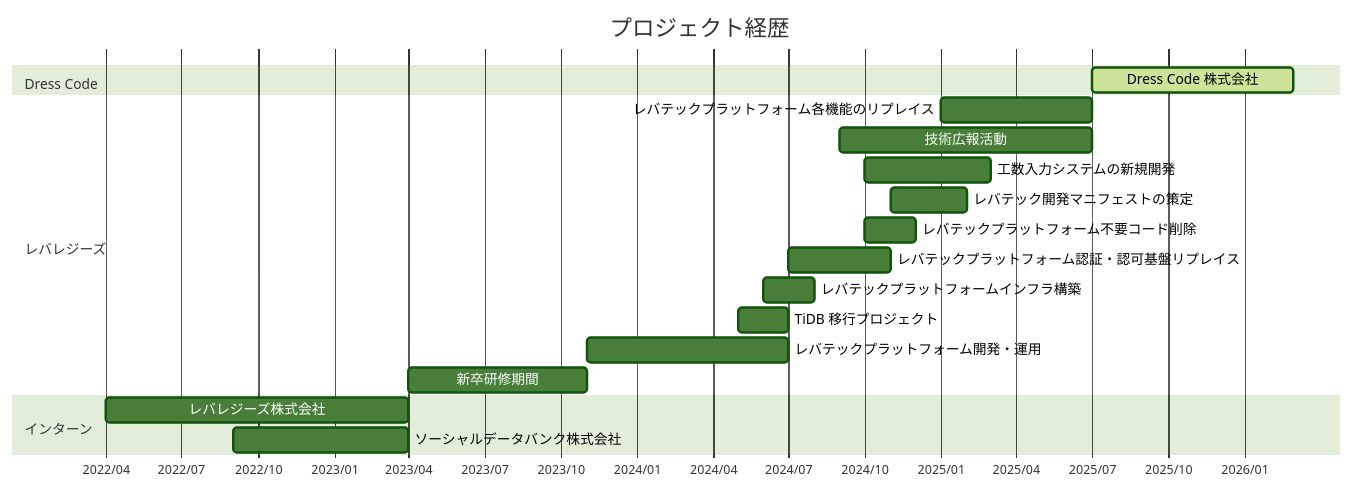
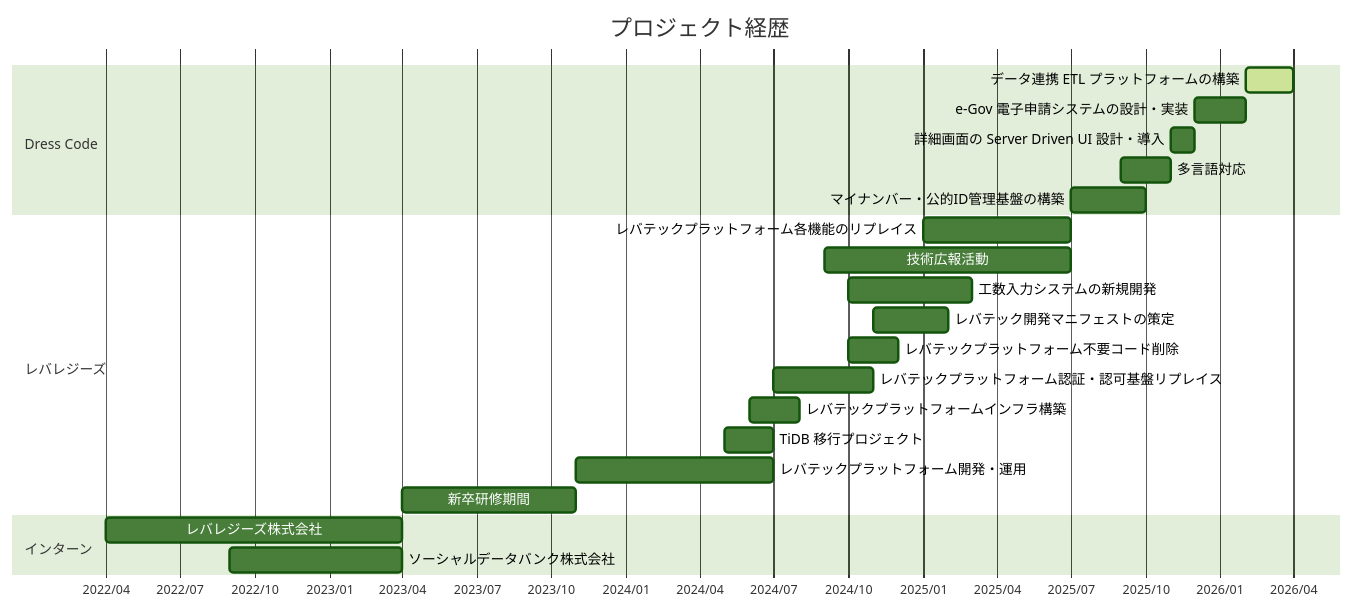
One commit to bwkw/curriculum-vitae changed the diagram in docs/index.md. Above: the diagram before and after it, drawn with Mermaid (forest theme). The commit also changed other lines of this file, not shown here.

````diff
--- a/docs/index.md
+++ b/docs/index.md
@@ -64,25 +66,29 @@
 ```mermaid
 gantt
     title プロジェクト経歴
     dateFormat YYYY-MM
     axisFormat %Y/%m
 
     section Dress Code
-    Dress Code 株式会社                                          :active, 2025-07, 2026-03
+    データ連携 ETL プラットフォームの構築                          :active, 2026-02, 2026-04
+    e-Gov 電子申請システムの設計・実装                             :2025-12, 2026-02
+    詳細画面の Server Driven UI 設計・導入                         :2025-11, 2025-12
+    多言語対応                                                    :2025-09, 2025-11
+    マイナンバー・公的ID管理基盤の構築                             :2025-07, 2025-10
 
     section レバレジーズ
     レバテックプラットフォーム各機能のリプレイス                      :2025-01, 2025-07
     技術広報活動                                                  :2024-09, 2025-07
     工数入力システムの新規開発                                      :2024-10, 2025-03
     レバテック開発マニフェストの策定                                :2024-11, 2025-02
     レバテックプラットフォーム不要コード削除                         :2024-10, 2024-12
     レバテックプラットフォーム認証・認可基盤リプレイス                :2024-07, 2024-11
     レバテックプラットフォームインフラ構築                           :2024-06, 2024-08
     TiDB 移行プロジェクト                                         :2024-05, 2024-07
     レバテックプラットフォーム開発・運用                             :2023-11, 2024-07
     新卒研修期間                                                  :2023-04, 2023-11
 
     section インターン
     レバレジーズ株式会社                                          :2022-04, 2023-04
     ソーシャルデータバンク株式会社                                  :2022-09, 2023-04
 ```
````
